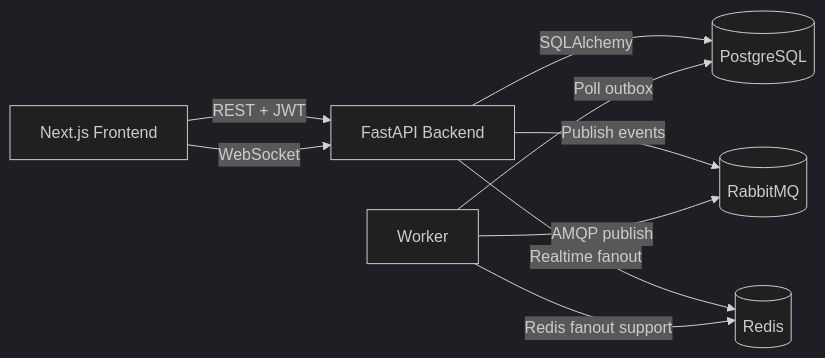
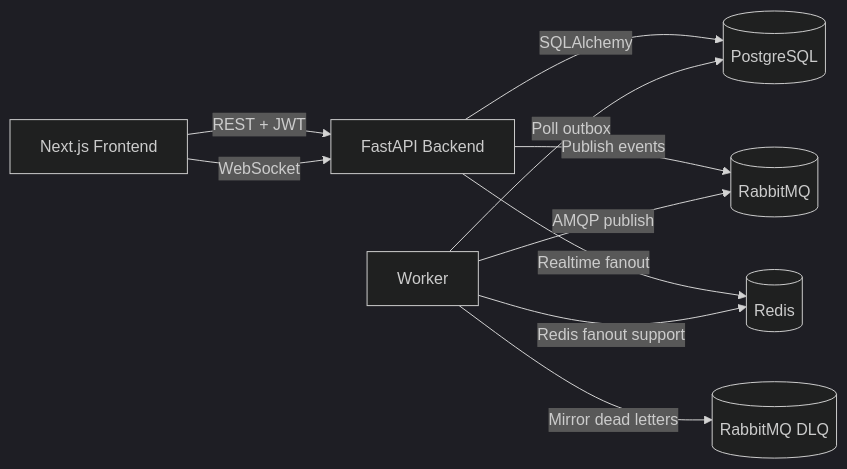
One commit to abdojat/MessagingSystem changed the first of 2 diagrams in docs/ARCHITECTURE.md. Above: the diagram before and after it, drawn with Mermaid (dark theme). The commit also changed other lines of this file and 30 other files, not shown here.

````diff
--- a/docs/ARCHITECTURE.md
+++ b/docs/ARCHITECTURE.md
@@ -23,13 +26,14 @@
 ```mermaid
 flowchart LR
   FE[Next.js Frontend] -->|REST + JWT| BE[FastAPI Backend]
   FE -->|WebSocket| BE
 
   BE -->|SQLAlchemy| PG[(PostgreSQL)]
   BE -->|Publish events| RMQ[(RabbitMQ)]
   BE -->|Realtime fanout| REDIS[(Redis)]
 
   WK[Worker] -->|Poll outbox| PG
   WK -->|AMQP publish| RMQ
+  WK -->|Mirror dead letters| DLQ[(RabbitMQ DLQ)]
   WK -->|Redis fanout support| REDIS
 ```
````
